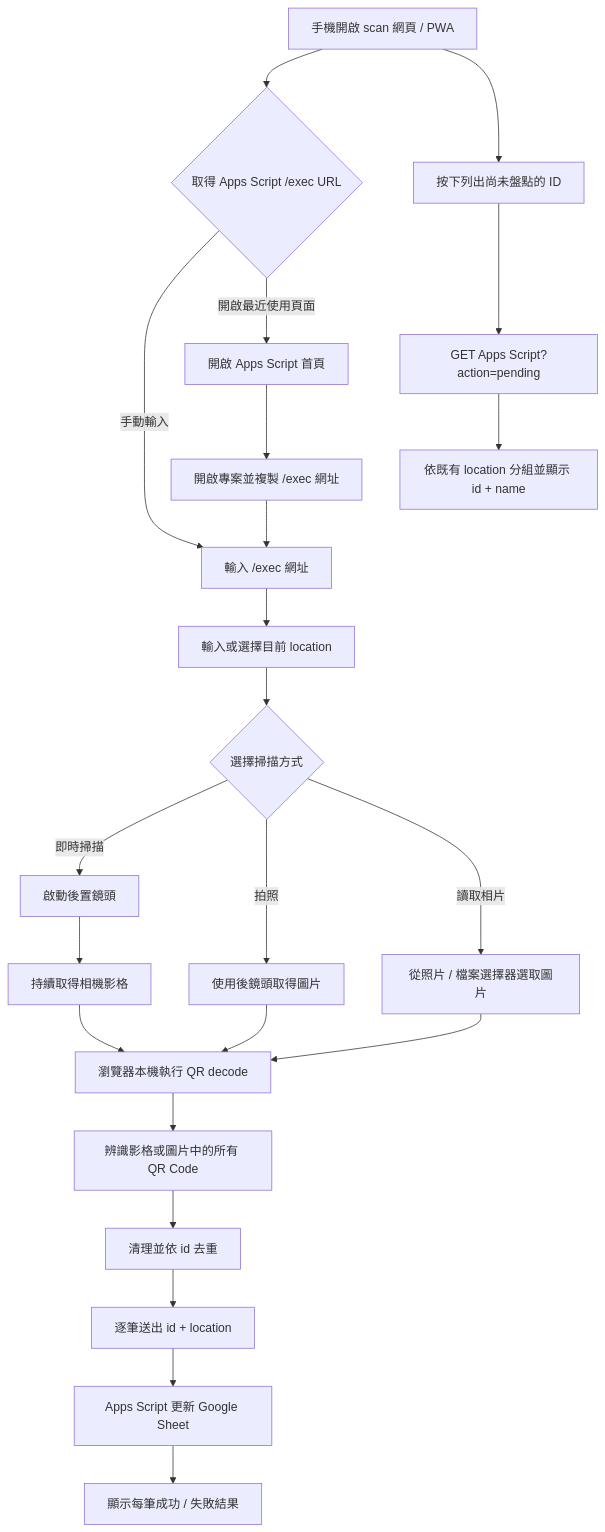
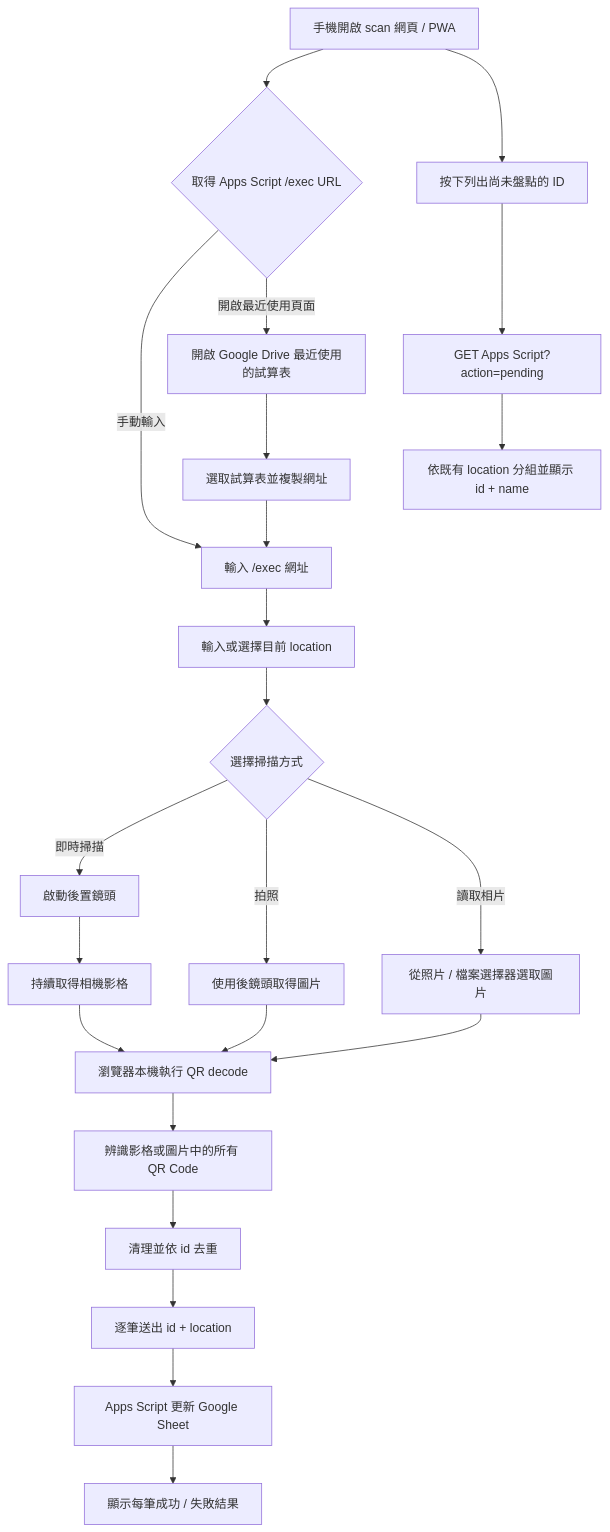
Before and after one commit to pulipulichen/Mobile-Inventory-Scanner: the diagram in scan/README.md, drawn with Mermaid. The commit also changed other lines of this file and 19 other files, not shown here.

````diff
--- a/scan/README.md
+++ b/scan/README.md
@@ -58,25 +58,25 @@
 ```mermaid
 flowchart TD
     A["手機開啟 scan 網頁 / PWA"] --> B{"取得 Apps Script /exec URL"}
     B -->|"手動輸入"| C["輸入 /exec 網址"]
-    B -->|"開啟最近使用頁面"| D["開啟 Apps Script 首頁"]
-    D --> E["開啟專案並複製 /exec 網址"]
+    B -->|"開啟最近使用頁面"| D["開啟 Google Drive 最近使用的試算表"]
+    D --> E["選取試算表並複製網址"]
     E --> C
     C --> F["輸入或選擇目前 location"]
     F --> G{"選擇掃描方式"}
     G -->|"即時掃描"| H["啟動後置鏡頭"]
     H --> I["持續取得相機影格"]
     G -->|"拍照"| J["使用後鏡頭取得圖片"]
     G -->|"讀取相片"| K["從照片 / 檔案選擇器選取圖片"]
     I --> L["瀏覽器本機執行 QR decode"]
     J --> L
     K --> L
     L --> M["辨識影格或圖片中的所有 QR Code"]
     M --> N["清理並依 id 去重"]
     N --> O["逐筆送出 id + location"]
     O --> P["Apps Script 更新 Google Sheet"]
     P --> Q["顯示每筆成功 / 失敗結果"]
     A --> R["按下列出尚未盤點的 ID"]
     R --> S["GET Apps Script?action=pending"]
     S --> T["依既有 location 分組並顯示 id + name"]
 ```
````
